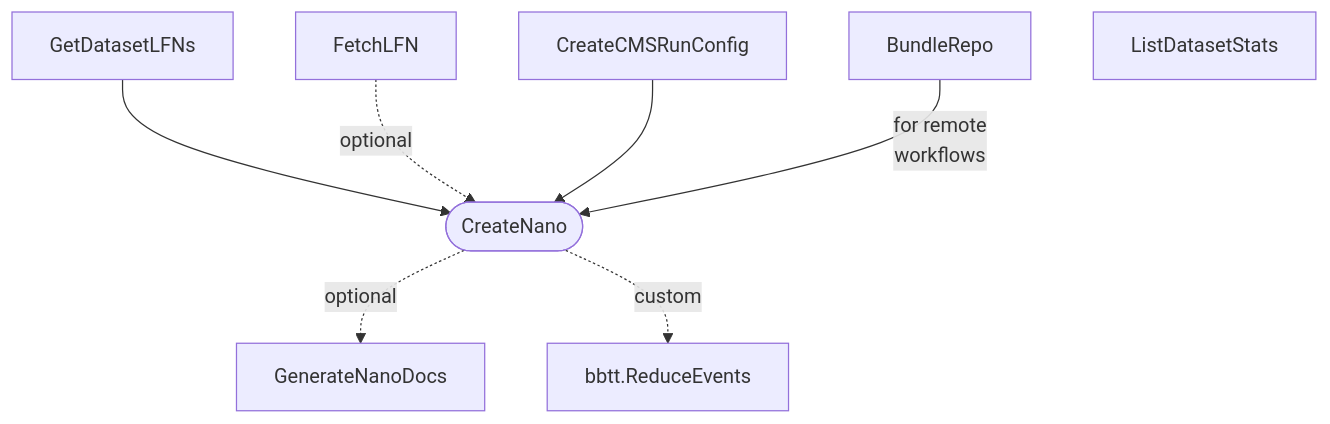
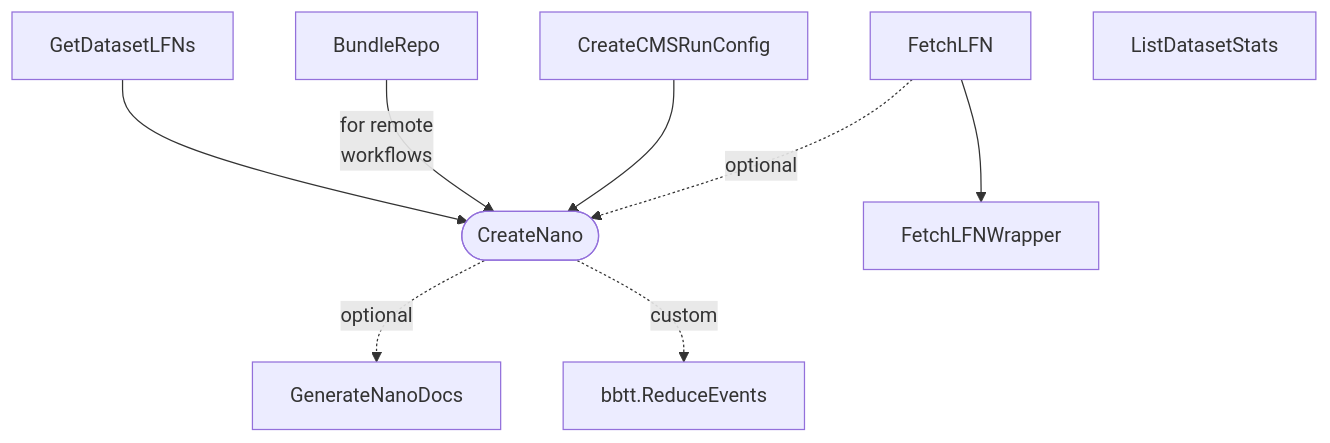
Before and after one commit to uhh-cms/nanogen: the diagram in README.md, drawn with Mermaid. The commit also changed 9 other files, not shown here.

````diff
--- a/README.md
+++ b/README.md
@@ -15,11 +15,12 @@
 ```mermaid
 flowchart TD
     CN([CreateNano])
     GetDatasetLFNs --> CN
+    BundleRepo -- for remote<br />workflows --> CN
+    CreateCMSRunConfig --> CN
     FetchLFN -. optional .-> CN
-    CreateCMSRunConfig --> CN
-    BundleRepo -- for remote<br />workflows --> CN
+    FetchLFN --> FetchLFNWrapper
     CN -. optional .-> GenerateNanoDocs
     CN -. custom .-> bbtt.ReduceEvents
     ListDatasetStats
 ```
````
